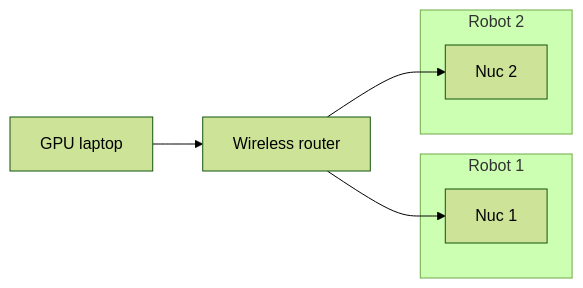
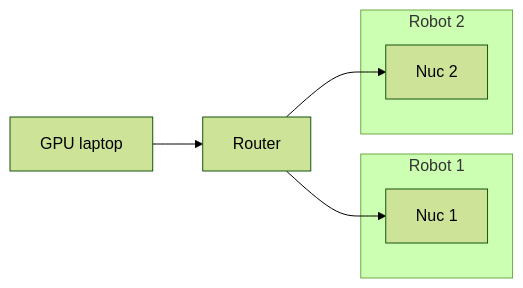
Before and after one commit to MarionLepert/kinova: the diagram in README.md, drawn with Mermaid (forest theme). The commit also changed other lines of this file, not shown here.

````diff
--- a/README.md
+++ b/README.md
@@ -41,13 +41,13 @@
 ```mermaid
 graph LR
     subgraph Robot 1
         Nuc1["Nuc 1"]
     end
     subgraph Robot 2
         Nuc2["Nuc 2"]
     end
-    Router["Wireless router"]
+    Router["Router"]
     GPULaptop["GPU laptop"] --> Router
     Router --> Nuc1
     Router --> Nuc2
 ```
````
